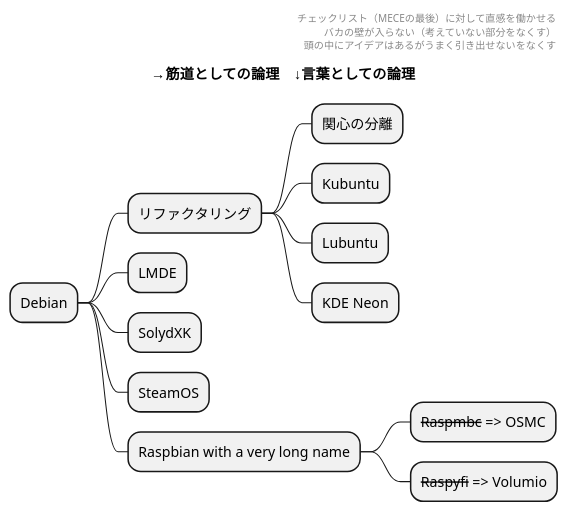
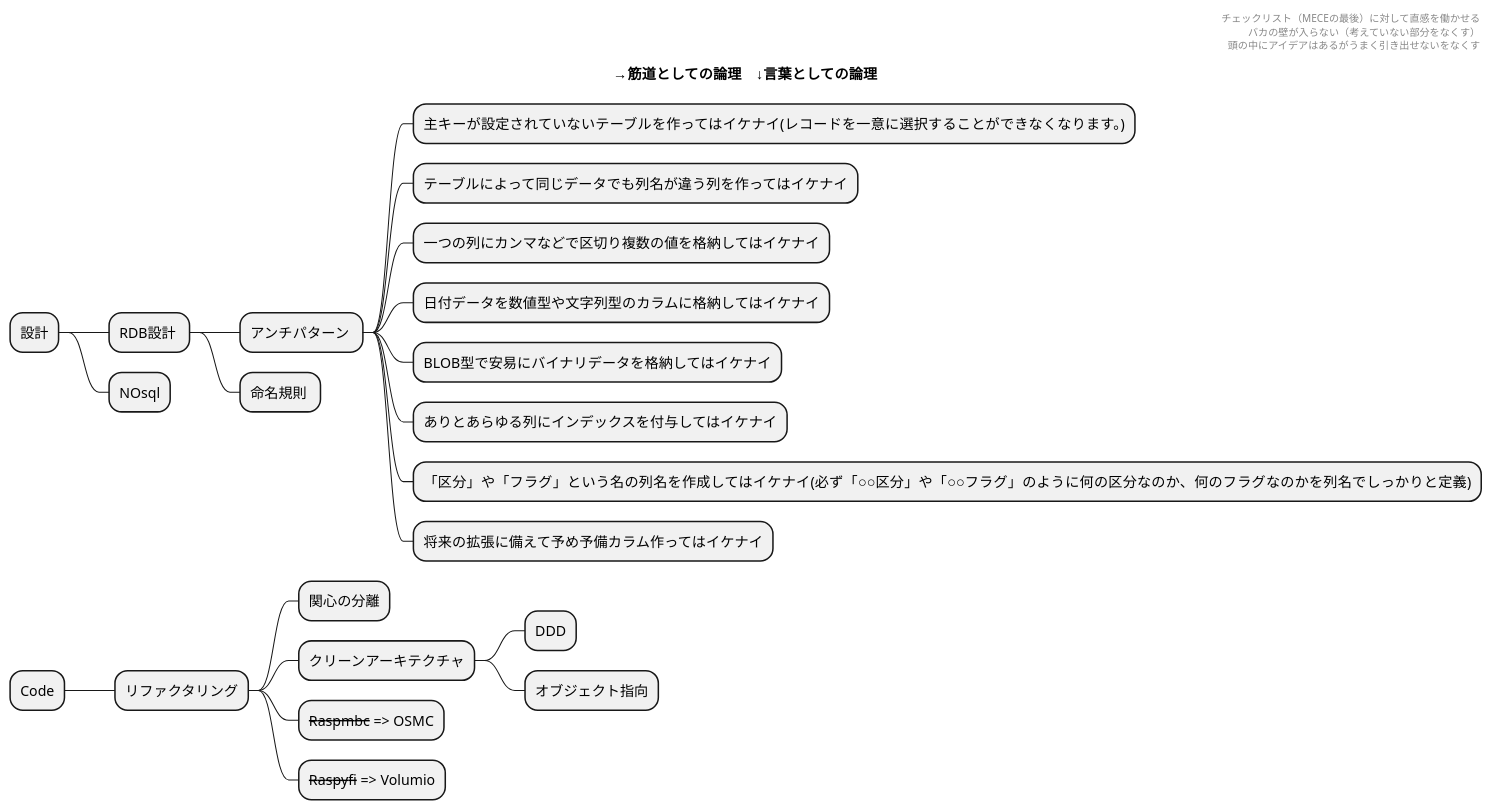
The diagram in Code.pu (s-i27/-workflows2), drawn with PlantUML before and after one commit. The commit also changed 1 other file, not shown here.

```diff
--- a/Code.pu
+++ b/Code.pu
@@ -1,22 +1,37 @@
 @startmindmap
 title →筋道としての論理　↓言葉としての論理
 
 header
 　チェックリスト（MECEの最後）に対して直感を働かせる
   バカの壁が入らない（考えていない部分をなくす）
   頭の中にアイデアはあるがうまく引き出せないをなくす
 endheader
 
-* Debian
+* 設計
+** RDB設計 
+*** アンチパターン 
+**** 主キーが設定されていないテーブルを作ってはイケナイ(レコードを一意に選択することができなくなります。)
+**** テーブルによって同じデータでも列名が違う列を作ってはイケナイ
+**** 一つの列にカンマなどで区切り複数の値を格納してはイケナイ
+**** 日付データを数値型や文字列型のカラムに格納してはイケナイ
+**** BLOB型で安易にバイナリデータを格納してはイケナイ
+**** ありとあらゆる列にインデックスを付与してはイケナイ
+**** 「区分」や「フラグ」という名の列名を作成してはイケナイ(必ず「○○区分」や「○○フラグ」のように何の区分なのか、何のフラグなのかを列名でしっかりと定義)
+**** 将来の拡張に備えて予め予備カラム作ってはイケナイ
+' https://www.depthbomb.net/?p=6334
+
+*** 命名規則 
+
+** NOsql
+
+
+* Code
 ** リファクタリング
 *** 関心の分離
-*** Kubuntu
-*** Lubuntu
-*** KDE Neon
-** LMDE
-** SolydXK
-** SteamOS
-** Raspbian with a very long name
+*** クリーンアーキテクチャ
+**** DDD
+**** オブジェクト指向
+
 *** <s>Raspmbc</s> => OSMC
 *** <s>Raspyfi</s> => Volumio
 @endmindmap
```
